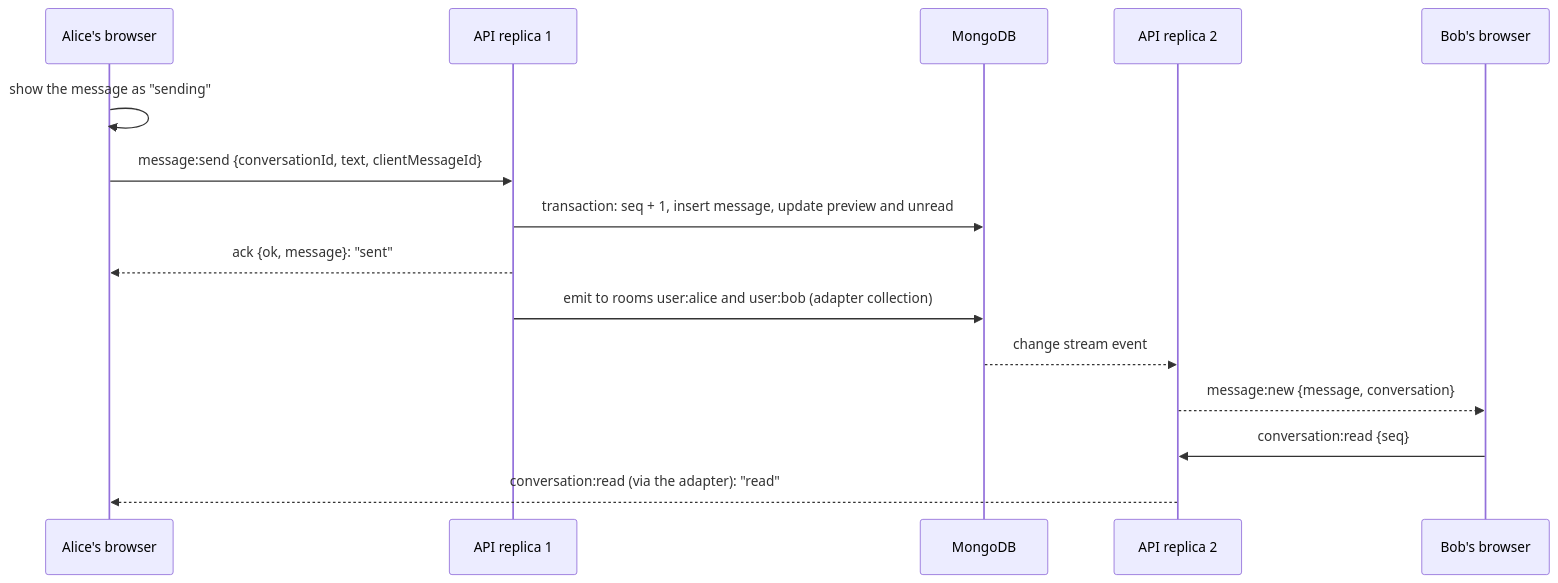
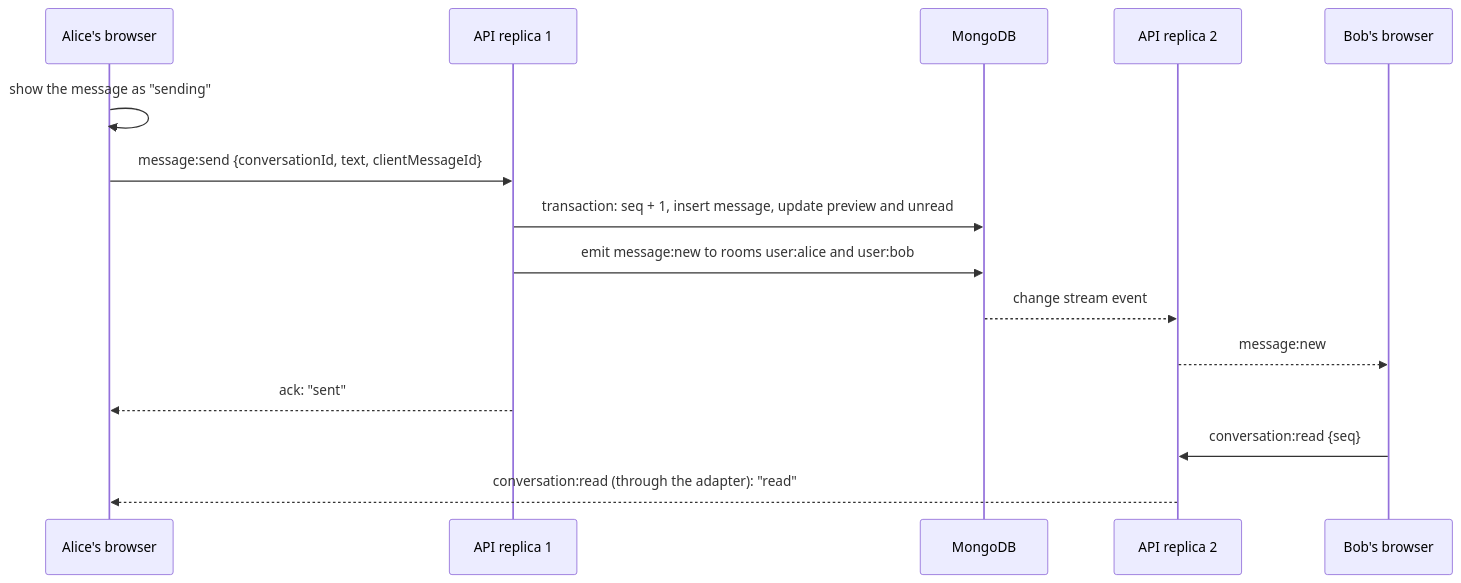
The second of 2 diagrams in README.md (Ivandopalas/wisebits-task), drawn with Mermaid before and after one commit. The commit also changed other lines of this file, not shown here.

````diff
--- a/README.md
+++ b/README.md
@@ -149,17 +87,17 @@
 ```mermaid
 sequenceDiagram
   participant A as Alice's browser
   participant R1 as API replica 1
   participant DB as MongoDB
   participant R2 as API replica 2
   participant B as Bob's browser
   A->>A: show the message as "sending"
   A->>R1: message:send {conversationId, text, clientMessageId}
   R1->>DB: transaction: seq + 1, insert message, update preview and unread
-  R1-->>A: ack {ok, message}: "sent"
-  R1->>DB: emit to rooms user:alice and user:bob (adapter collection)
+  R1->>DB: emit message:new to rooms user:alice and user:bob
   DB-->>R2: change stream event
-  R2-->>B: message:new {message, conversation}
+  R2-->>B: message:new
+  R1-->>A: ack: "sent"
   B->>R2: conversation:read {seq}
-  R2-->>A: conversation:read (via the adapter): "read"
+  R2-->>A: conversation:read (through the adapter): "read"
 ```
````
